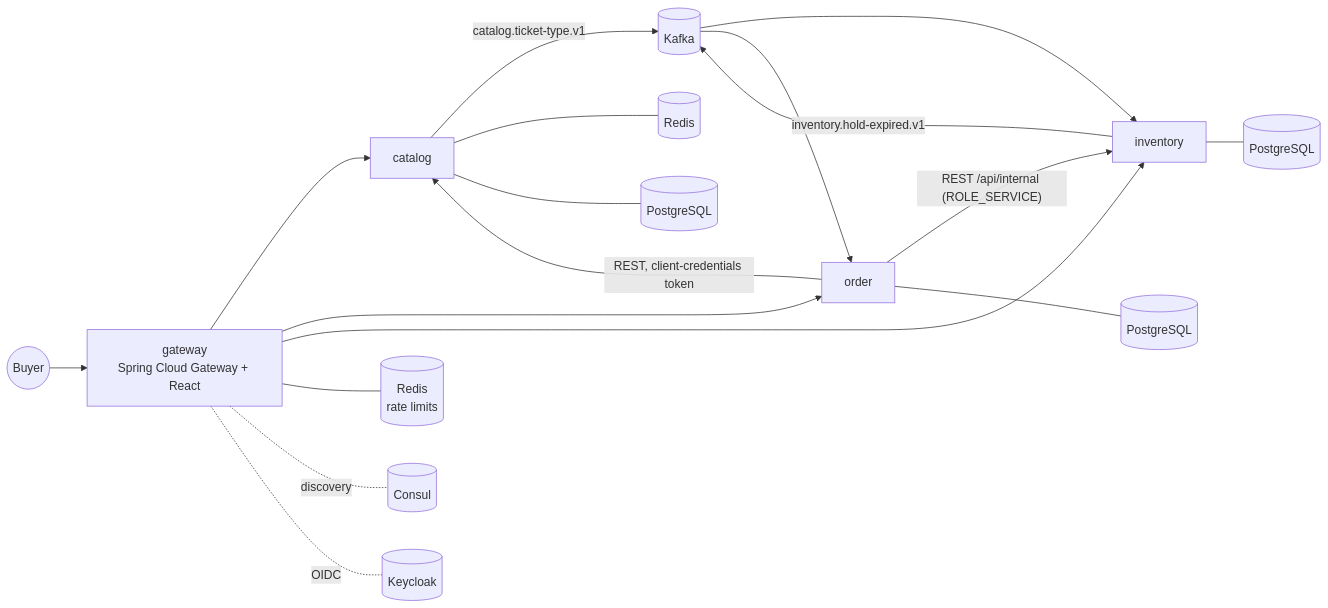
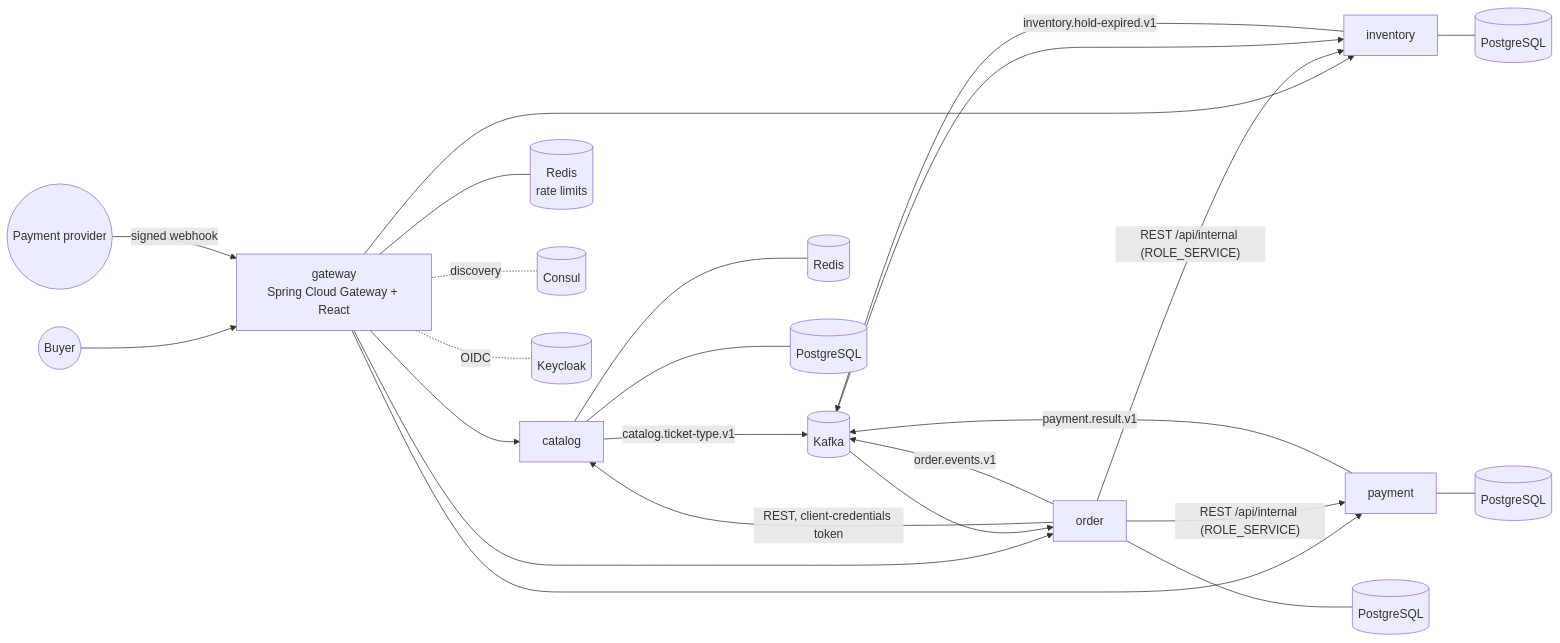
One commit to hviequang0411-dev/ticket-rush-latform changed the diagram in README.md. Above: the diagram before and after it, drawn with Mermaid. The commit also changed other lines of this file, not shown here.

````diff
--- a/README.md
+++ b/README.md
@@ -19,18 +28,23 @@
 ```mermaid
 flowchart LR
     buyer((Buyer)) --> gateway[gateway<br/>Spring Cloud Gateway + React]
-    gateway --> catalog & order & inventory
+    provider((Payment provider)) -- "signed webhook" --> gateway
+    gateway --> catalog & order & inventory & payment
     gateway --- gredis[(Redis<br/>rate limits)]
     order -- "REST, client-credentials token" --> catalog
     order -- "REST /api/internal (ROLE_SERVICE)" --> inventory
+    order -- "REST /api/internal (ROLE_SERVICE)" --> payment
     catalog -- "catalog.ticket-type.v1" --> kafka[(Kafka)]
     kafka --> inventory
     inventory -- "inventory.hold-expired.v1" --> kafka
+    payment -- "payment.result.v1" --> kafka
     kafka --> order
+    order -- "order.events.v1" --> kafka
     catalog --- redis[(Redis)]
     catalog --- pgc[(PostgreSQL)]
     inventory --- pgi[(PostgreSQL)]
     order --- pgo[(PostgreSQL)]
+    payment --- pgp[(PostgreSQL)]
     gateway -. discovery .- consul[(Consul)]
     gateway -. OIDC .- keycloak[(Keycloak)]
 ```
````
